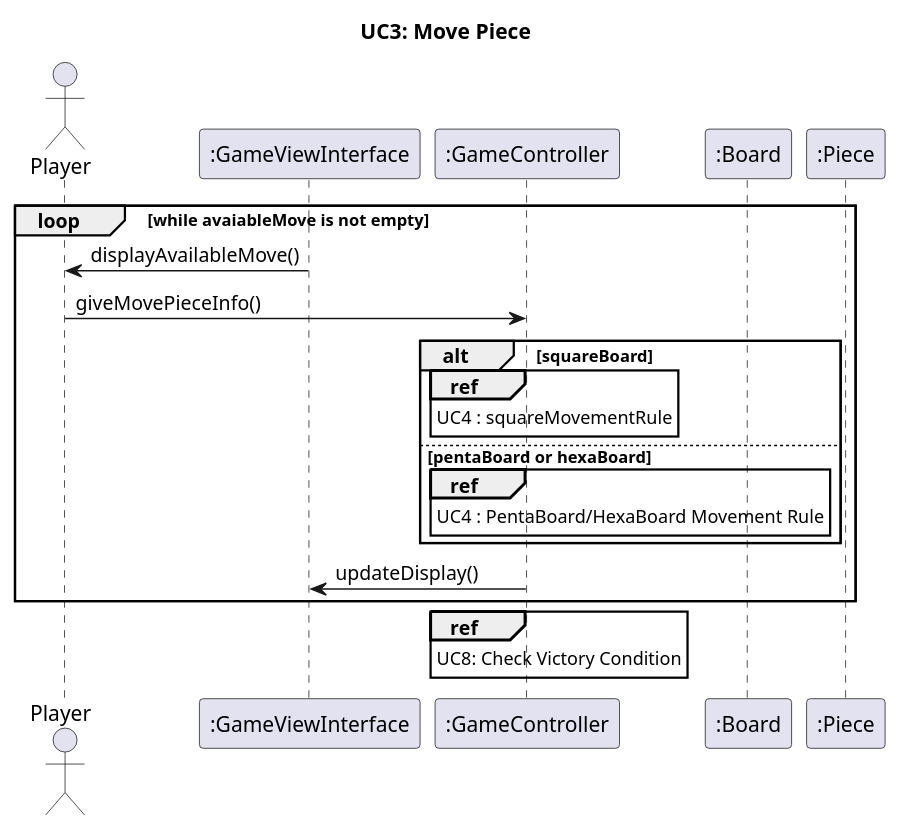
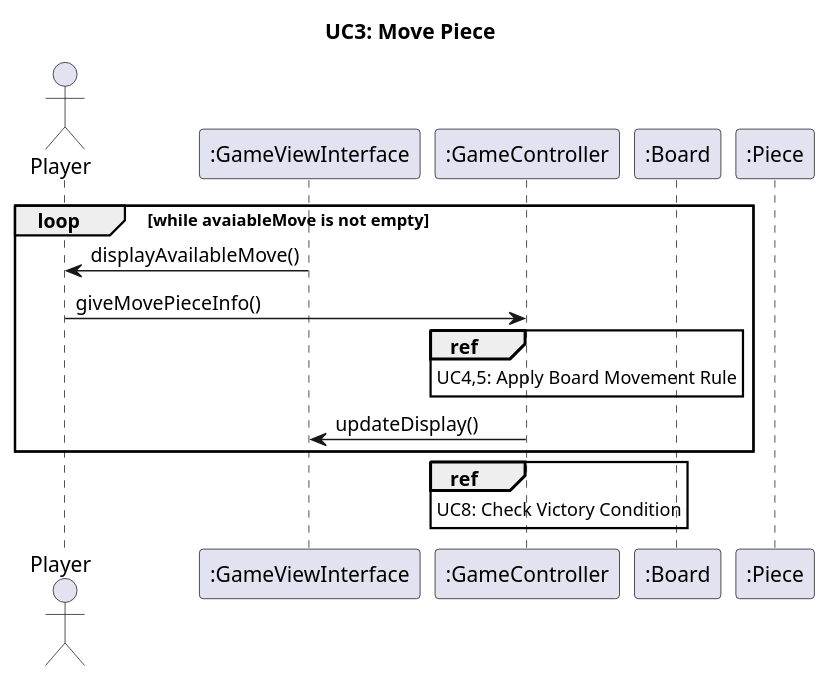
One commit to jack0928/SE-Term-Project-2025 changed the diagram in UC3.puml. Above: the diagram before and after it, drawn with PlantUML.

Commit message:
docs: UC4,5 수정으로 인한 ref 수정

```diff
--- a/UC3.puml
+++ b/UC3.puml
@@ -1,32 +1,28 @@
 @startuml
 title UC3: Move Piece
 
 actor Player
 participant ":GameViewInterface" as GameViewInterface
 participant ":GameController" as GameController
 participant ":Board" as Board
 participant ":Piece" as Piece
 
 ' Board 와 piece는 사용되지 않으므로 재검토 필요.
 
 loop while avaiableMove is not empty
 GameViewInterface -> Player : displayAvailableMove()
 Player-> GameController : giveMovePieceInfo()
-alt squareBoard
-	ref over GameController
-		UC4 : squareMovementRule
-	end ref
-else pentaBoard or hexaBoard
-	ref over GameController
-		UC4 : PentaBoard/HexaBoard Movement Rule
-	end ref
-end alt
+
+ref over GameController
+	UC4,5: Apply Board Movement Rule
+end ref
+
 GameController -> GameViewInterface : updateDisplay()
 end loop
 
 ref over GameController
 	UC8: Check Victory Condition
 end ref
 
 
 @enduml
```
